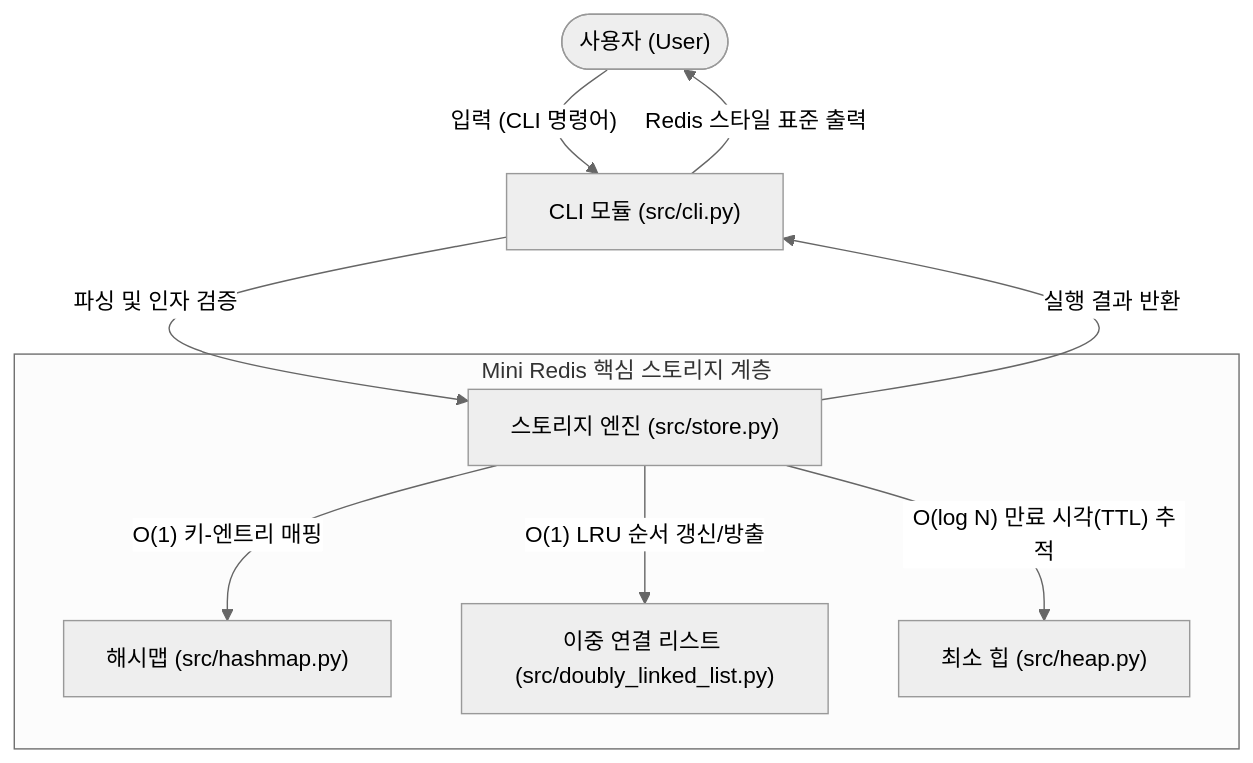
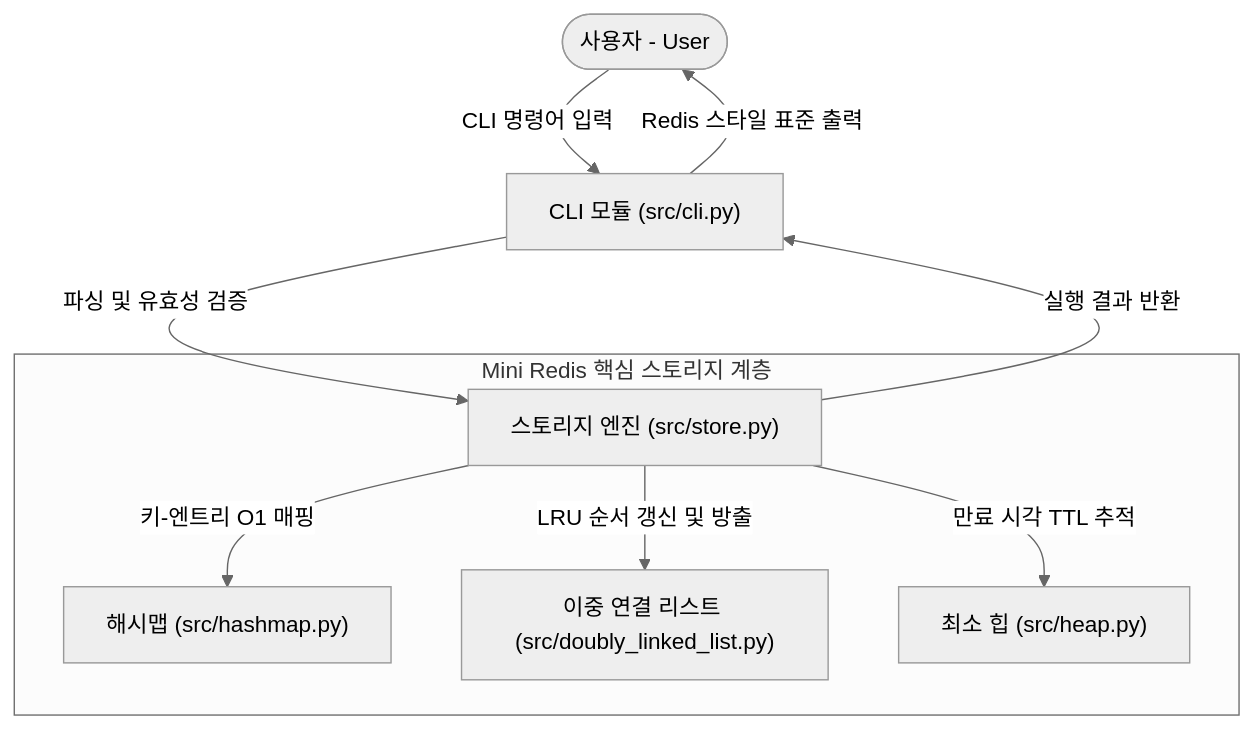
One commit to nttkor/b5_1 changed the first of 13 diagrams in study/README.md. Above: the diagram before and after it, drawn with Mermaid (neutral theme). The commit also changed other lines of this file, not shown here.

Commit message:
fix: resolve Mermaid edge label parse error and separate remaining bundled diagrams

````diff
--- a/study/README.md
+++ b/study/README.md
@@ -249,14 +249,14 @@
 ```mermaid
 flowchart TD
-    User(["사용자 (User)"]) -->|"입력 (CLI 명령어)"| CLI["CLI 모듈 (src/cli.py)"]
-    CLI -->|"파싱 및 인자 검증"| Store["스토리지 엔진 (src/store.py)"]
+    User(["사용자 - User"]) -->|CLI 명령어 입력| CLI["CLI 모듈 (src/cli.py)"]
+    CLI -->|파싱 및 유효성 검증| Store["스토리지 엔진 (src/store.py)"]
     
     subgraph StorageEngine ["Mini Redis 핵심 스토리지 계층"]
-        Store -->|"O(1) 키-엔트리 매핑"| HashMap["해시맵 (src/hashmap.py)"]
-        Store -->|"O(1) LRU 순서 갱신/방출"| DLL["이중 연결 리스트 (src/doubly_linked_list.py)"]
-        Store -->|"O(log N) 만료 시각(TTL) 추적"| Heap["최소 힙 (src/heap.py)"]
+        Store -->|키-엔트리 O1 매핑| HashMap["해시맵 (src/hashmap.py)"]
+        Store -->|LRU 순서 갱신 및 방출| DLL["이중 연결 리스트 (src/doubly_linked_list.py)"]
+        Store -->|만료 시각 TTL 추적| Heap["최소 힙 (src/heap.py)"]
     end
     
-    Store -->|"실행 결과 반환"| CLI
-    CLI -->|"Redis 스타일 표준 출력"| User
+    Store -->|실행 결과 반환| CLI
+    CLI -->|Redis 스타일 표준 출력| User
 ```
````
